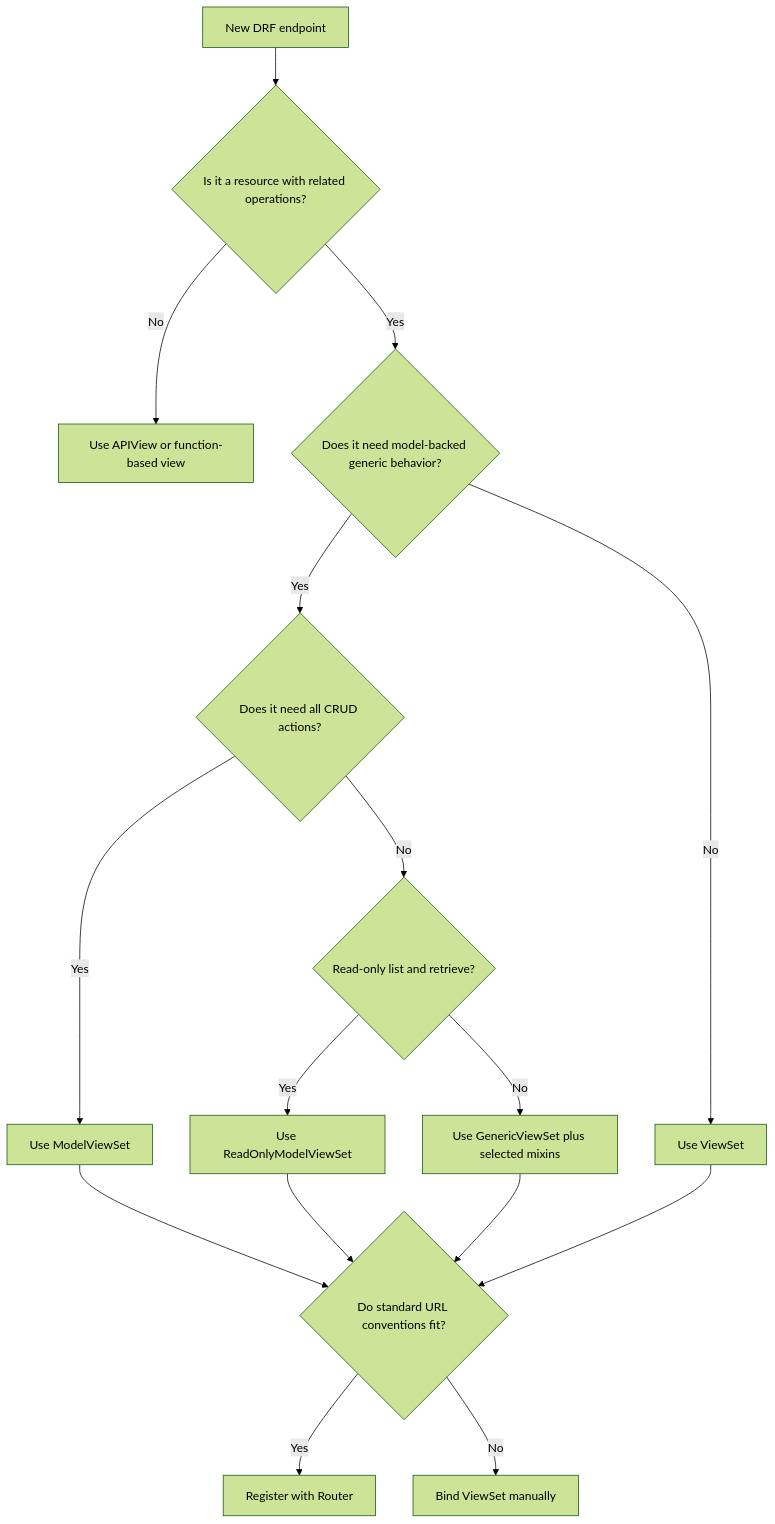
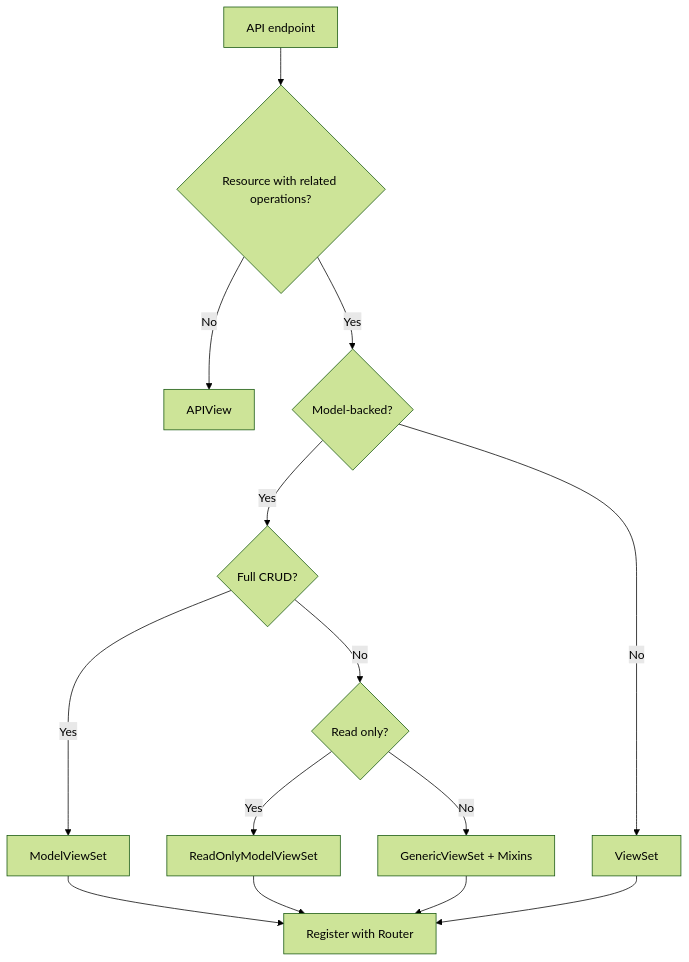
The first of 3 diagrams in src/content/drf/viewsets-routers.md (AvadhBhalodiya/Interview-Preparation), drawn with Mermaid (forest theme) before and after one commit. The commit also changed other lines of this file and 80 other files, not shown here.

````diff
--- a/src/content/drf/viewsets-routers.md
+++ b/src/content/drf/viewsets-routers.md
@@ -24,24 +24,16 @@
 ```mermaid
 flowchart TD
-    A[New DRF endpoint] --> B{Is it a resource with related operations?}
-
-    B -- No --> C[Use APIView or function-based view]
-    B -- Yes --> D{Does it need model-backed generic behavior?}
-
-    D -- No --> E[Use ViewSet]
-    D -- Yes --> F{Does it need all CRUD actions?}
-
-    F -- Yes --> G[Use ModelViewSet]
-    F -- No --> H{Read-only list and retrieve?}
-
-    H -- Yes --> I[Use ReadOnlyModelViewSet]
-    H -- No --> J[Use GenericViewSet plus selected mixins]
-
-    G --> K{Do standard URL conventions fit?}
+    A[API endpoint] --> B{Resource with related operations?}
+    B -- No --> C[APIView]
+    B -- Yes --> D{Model-backed?}
+    D -- No --> E[ViewSet]
+    D -- Yes --> F{Full CRUD?}
+    F -- Yes --> G[ModelViewSet]
+    F -- No --> H{Read only?}
+    H -- Yes --> I[ReadOnlyModelViewSet]
+    H -- No --> J[GenericViewSet + Mixins]
+    G --> K[Register with Router]
     I --> K
     J --> K
     E --> K
-
-    K -- Yes --> L[Register with Router]
-    K -- No --> M[Bind ViewSet manually]
 ```
````
